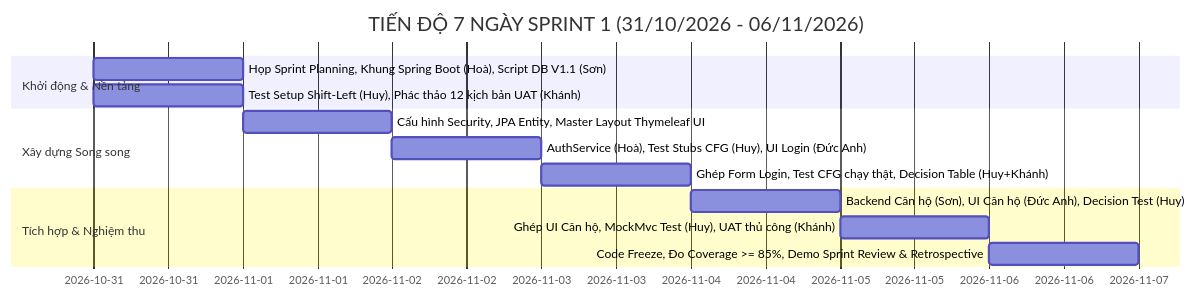
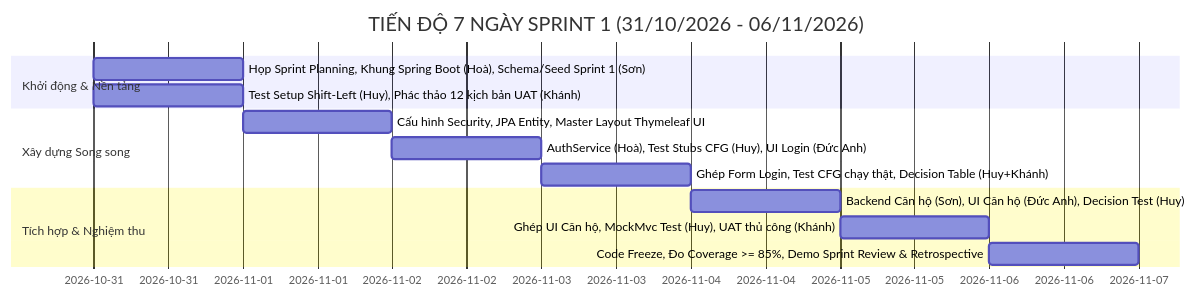
One commit to Cnpm-Svbk-Team13/BlueMoon-Apartment-Management-System changed the diagram in docs/KE_HOACH_CHI_TIET_SPRINT_1.md. Above: the diagram before and after it, drawn with Mermaid. The commit also changed other lines of this file and 10 other files, not shown here.

````diff
--- a/docs/KE_HOACH_CHI_TIET_SPRINT_1.md
+++ b/docs/KE_HOACH_CHI_TIET_SPRINT_1.md
@@ -365,16 +361,16 @@
 ```mermaid
 gantt
     title TIẾN ĐỘ 7 NGÀY SPRINT 1 (31/10/2026 - 06/11/2026)
     dateFormat  YYYY-MM-DD
     section Khởi động & Nền tảng
-    Họp Sprint Planning, Khung Spring Boot (Hoà), Script DB V1.1 (Sơn) :2026-10-31, 1d
+    Họp Sprint Planning, Khung Spring Boot (Hoà), Schema/Seed Sprint 1 (Sơn) :2026-10-31, 1d
     Test Setup Shift-Left (Huy), Phác thảo 12 kịch bản UAT (Khánh)     :2026-10-31, 1d
     section Xây dựng Song song
     Cấu hình Security, JPA Entity, Master Layout Thymeleaf UI         :2026-11-01, 1d
     AuthService (Hoà), Test Stubs CFG (Huy), UI Login (Đức Anh)        :2026-11-02, 1d
     Ghép Form Login, Test CFG chạy thật, Decision Table (Huy+Khánh)   :2026-11-03, 1d
     section Tích hợp & Nghiệm thu
     Backend Căn hộ (Sơn), UI Căn hộ (Đức Anh), Decision Test (Huy)    :2026-11-04, 1d
     Ghép UI Căn hộ, MockMvc Test (Huy), UAT thủ công (Khánh)          :2026-11-05, 1d
     Code Freeze, Đo Coverage >= 85%, Demo Sprint Review & Retrospective:2026-11-06, 1d
 ```
````
